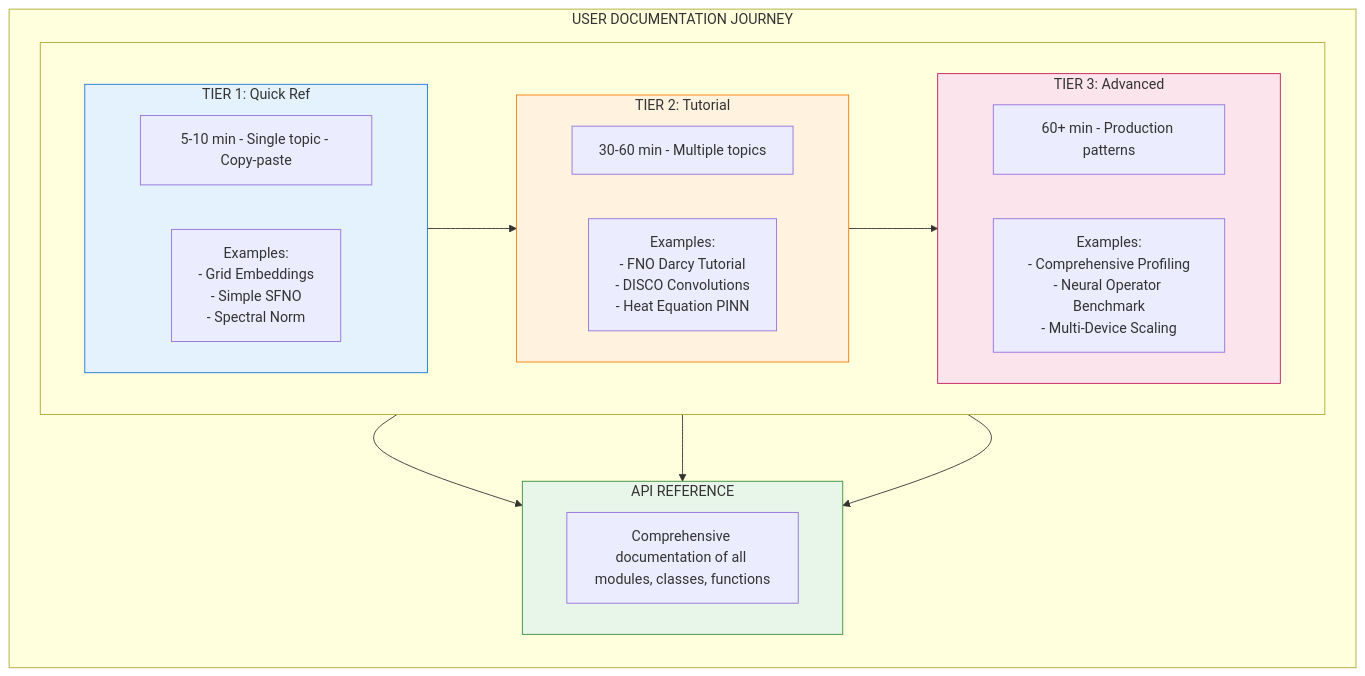
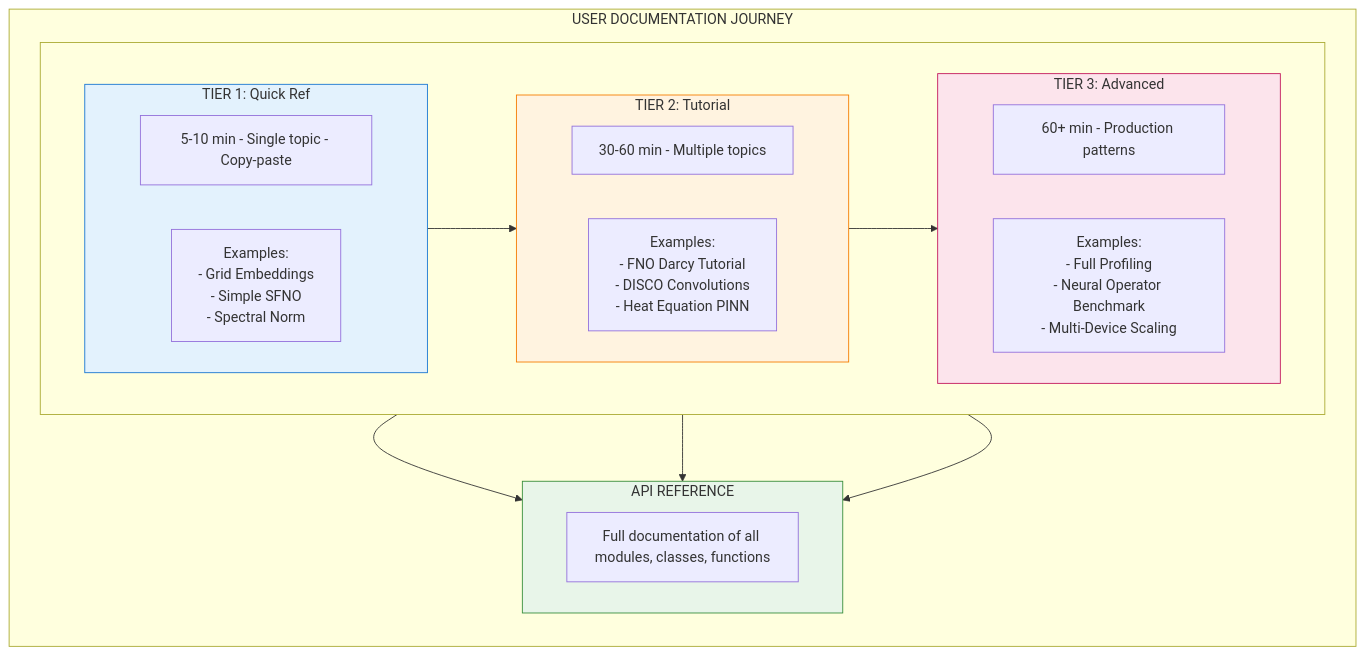
Before and after one commit to avitai/opifex: the second of 5 diagrams in docs/development/example_documentation_design.md, drawn with Mermaid. The commit also changed other lines of this file and 1082 other files, not shown here.

````diff
--- a/docs/development/example_documentation_design.md
+++ b/docs/development/example_documentation_design.md
@@ -223,40 +223,40 @@
 ```mermaid
 flowchart TB
     subgraph journey["USER DOCUMENTATION JOURNEY"]
         direction TB
 
         subgraph tiers[" "]
             direction LR
 
             subgraph t1["TIER 1: Quick Ref"]
                 t1info["5-10 min - Single topic - Copy-paste"]
                 t1ex["Examples:<br/>- Grid Embeddings<br/>- Simple SFNO<br/>- Spectral Norm"]
             end
 
             subgraph t2["TIER 2: Tutorial"]
                 t2info["30-60 min - Multiple topics"]
                 t2ex["Examples:<br/>- FNO Darcy Tutorial<br/>- DISCO Convolutions<br/>- Heat Equation PINN"]
             end
 
             subgraph t3["TIER 3: Advanced"]
                 t3info["60+ min - Production patterns"]
-                t3ex["Examples:<br/>- Comprehensive Profiling<br/>- Neural Operator Benchmark<br/>- Multi-Device Scaling"]
+                t3ex["Examples:<br/>- Full Profiling<br/>- Neural Operator Benchmark<br/>- Multi-Device Scaling"]
             end
 
             t1 --> t2 --> t3
         end
 
         subgraph api["API REFERENCE"]
-            apiinfo["Comprehensive documentation of all modules, classes, functions"]
+            apiinfo["Full documentation of all modules, classes, functions"]
         end
 
         t1 --> api
         t2 --> api
         t3 --> api
     end
 
     style t1 fill:#e3f2fd,stroke:#1976d2
     style t2 fill:#fff3e0,stroke:#f57c00
     style t3 fill:#fce4ec,stroke:#c2185b
     style api fill:#e8f5e9,stroke:#388e3c
 ```
````
